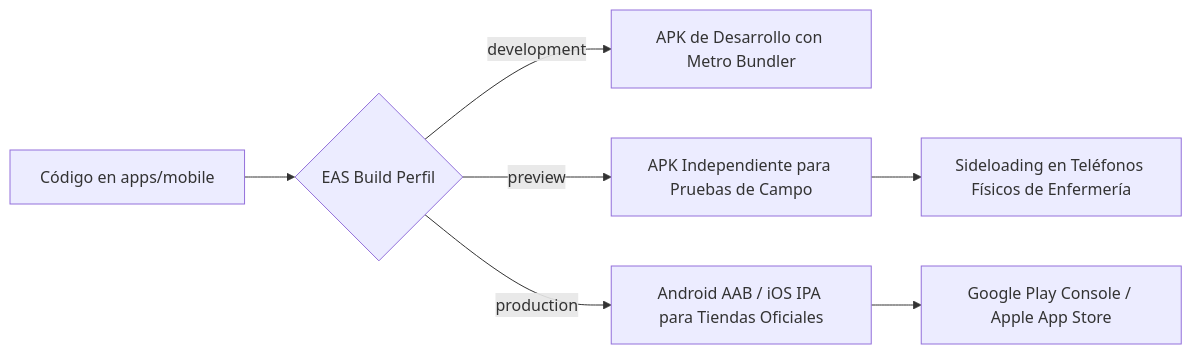
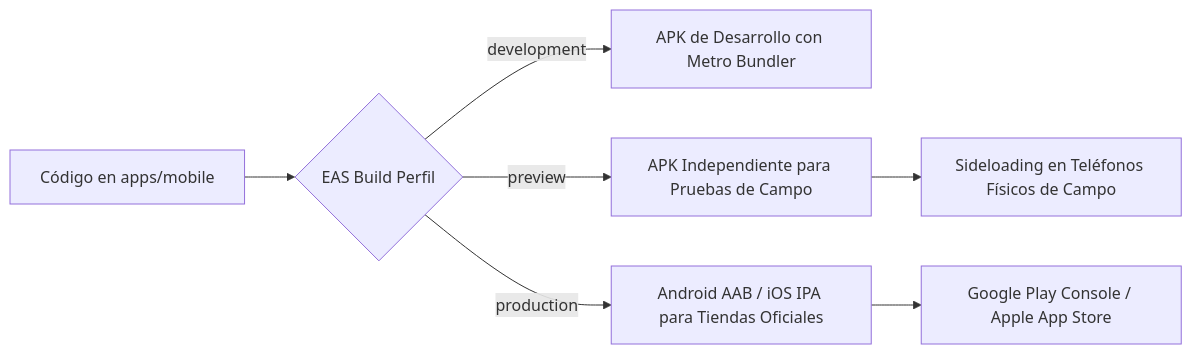
Before and after one commit to miguelms/GoldenStarterCodex: the second of 3 diagrams in docs/operations/staging-deployment-runbook.md, drawn with Mermaid. The commit also changed other lines of this file and 43 other files, not shown here.

````diff
--- a/docs/operations/staging-deployment-runbook.md
+++ b/docs/operations/staging-deployment-runbook.md
@@ -194,10 +194,10 @@
 ```mermaid
 flowchart LR
     Dev[Código en apps/mobile] --> EAS{EAS Build Perfil}
     EAS -- development --> DevBuild[APK de Desarrollo con Metro Bundler]
     EAS -- preview --> PreviewAPK[APK Independiente para Pruebas de Campo]
     EAS -- production --> ProdBundle[Android AAB / iOS IPA para Tiendas Oficiales]
 
-    PreviewAPK --> FieldTest[Sideloading en Teléfonos Físicos de Enfermería]
+    PreviewAPK --> FieldTest[Sideloading en Teléfonos Físicos de Campo]
     ProdBundle --> Stores[Google Play Console / Apple App Store]
 ```
````
